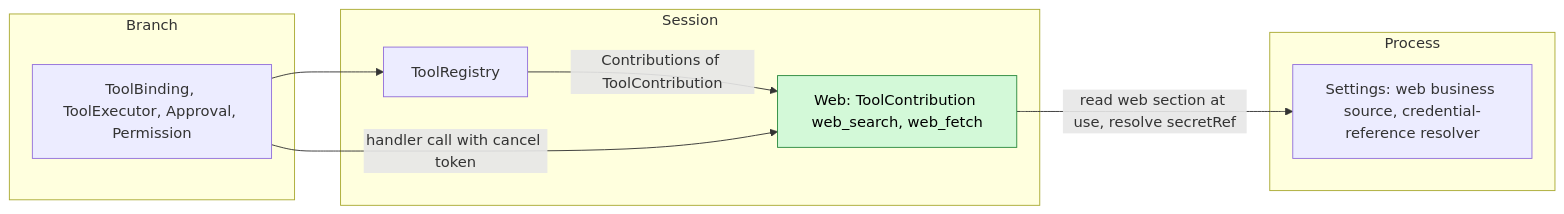
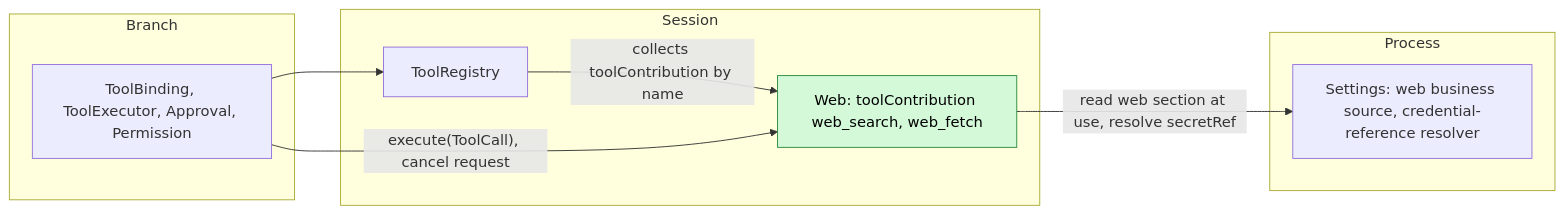
One commit to CoutinhoTTS/dim-agent changed the first of 5 diagrams in docs/design/plugins/Web.md. Above: the diagram before and after it, drawn with Mermaid. The commit also changed other lines of this file and 3 other files, not shown here.

````diff
--- a/docs/design/plugins/Web.md
+++ b/docs/design/plugins/Web.md
@@ -9,18 +9,18 @@
 ```mermaid
 flowchart LR
   subgraph PROC["Process"]
     Settings["Settings: web business source, credential-reference resolver"]
   end
   subgraph SESS["Session"]
-    Web["Web: ToolContribution web_search, web_fetch"]:::new
+    Web["Web: toolContribution web_search, web_fetch"]:::new
     ToolRegistry["ToolRegistry"]
   end
   subgraph BR["Branch"]
     Exec["ToolBinding, ToolExecutor, Approval, Permission"]
   end
   Web -->|"read web section at use, resolve secretRef"| Settings
-  ToolRegistry -->|"Contributions of ToolContribution"| Web
+  ToolRegistry -->|"collects toolContribution by name"| Web
   Exec --> ToolRegistry
-  Exec -->|"handler call with cancel token"| Web
+  Exec -->|"execute(ToolCall), cancel request"| Web
   classDef new fill:#d3f9d8,stroke:#2b8a3e,color:#000
 ```
````
